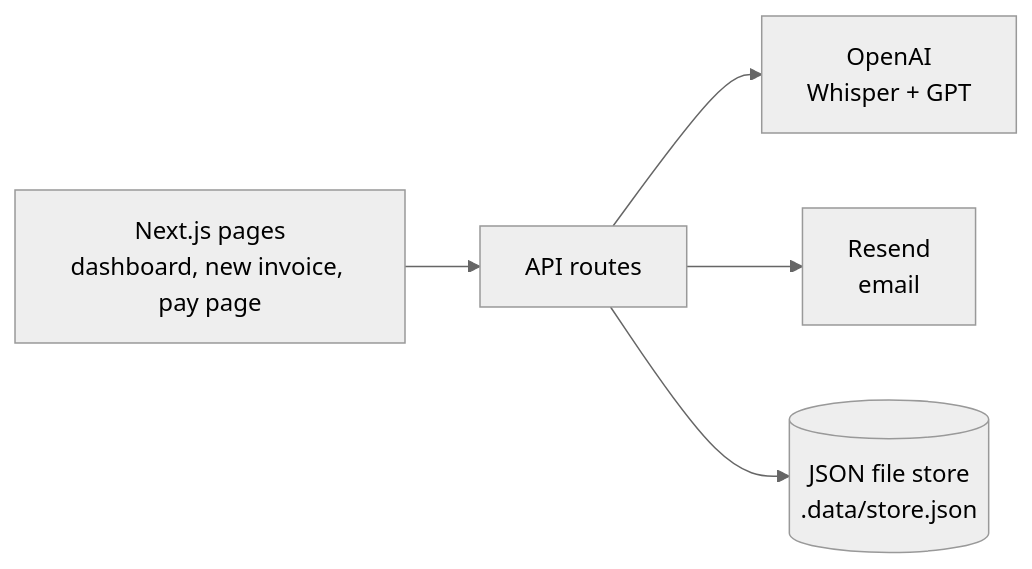
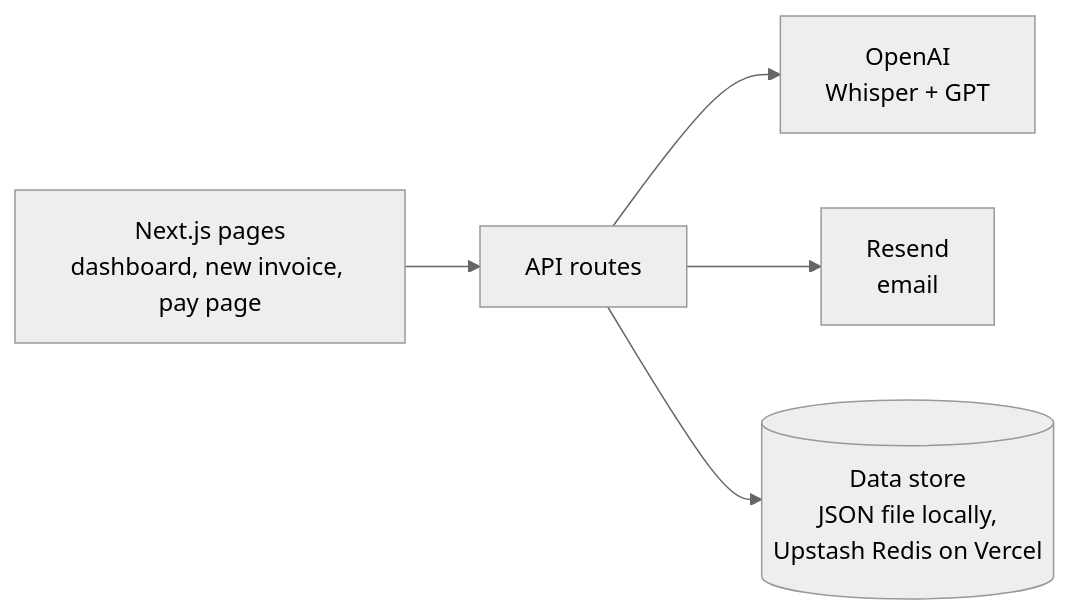
One commit to PaarthBagga/frame changed the second of 2 diagrams in README.md. Above: the diagram before and after it, drawn with Mermaid (neutral theme). The commit also changed other lines of this file and 10 other files, not shown here.

Commit message:
Store data in Upstash Redis on Vercel so all functions share it

````diff
--- a/README.md
+++ b/README.md
@@ -85,7 +85,7 @@
 ```mermaid
 flowchart LR
     UI["Next.js pages<br/>dashboard, new invoice, pay page"] --> API[API routes]
     API --> AI["OpenAI<br/>Whisper + GPT"]
     API --> Mail["Resend<br/>email"]
-    API --> Store[("JSON file store<br/>.data/store.json")]
+    API --> Store[("Data store<br/>JSON file locally,<br/>Upstash Redis on Vercel")]
 ```
````
